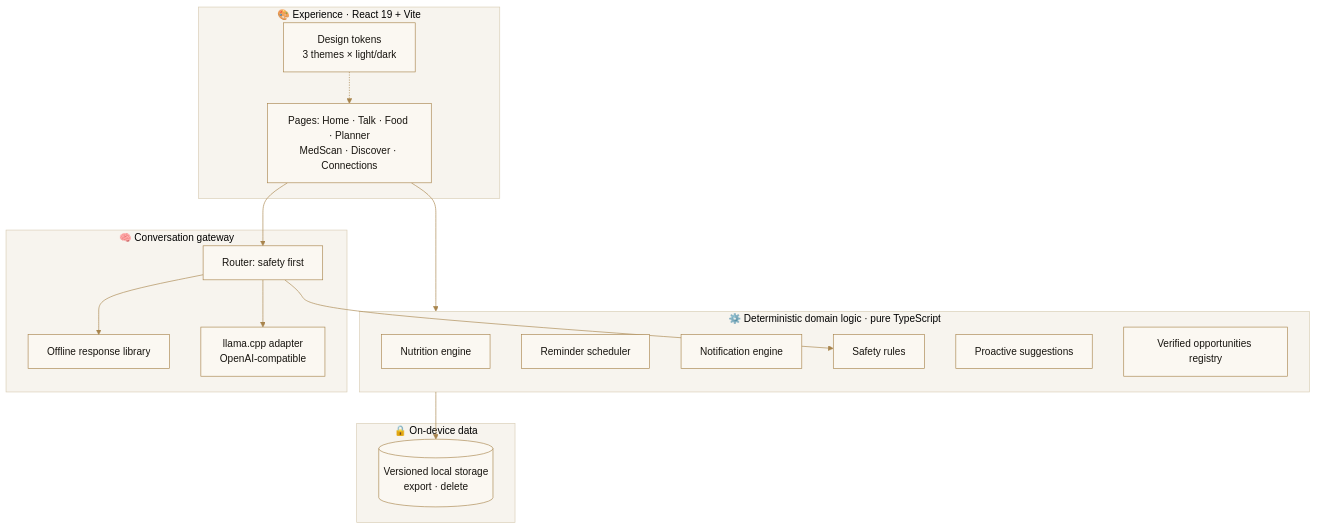
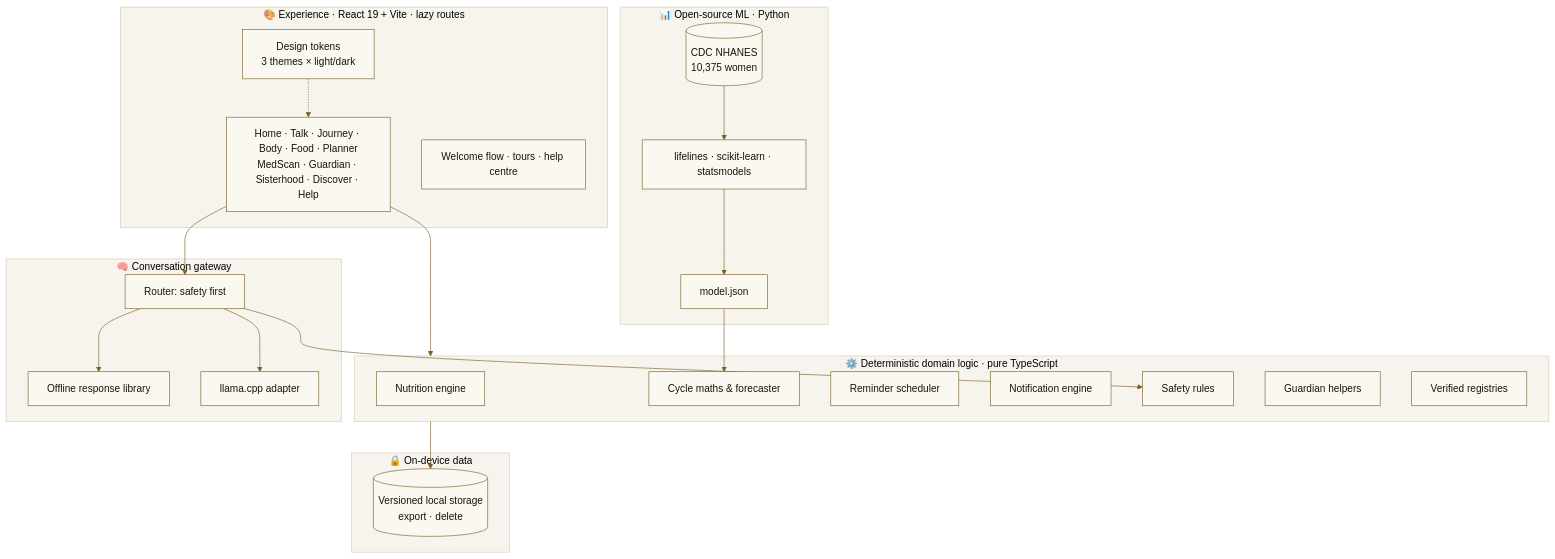
The fourth of 6 diagrams in femora/README.md (florina787/Data-sets), drawn with Mermaid before and after one commit. The commit also changed other lines of this file and 37 other files, not shown here.

````diff
--- a/femora/README.md
+++ b/femora/README.md
@@ -238,31 +295,38 @@
 ```mermaid
-%%{init: {'theme':'base','themeVariables':{'primaryColor':'#fbf8f2','primaryTextColor':'#17140f','primaryBorderColor':'#a8844c','lineColor':'#a8844c','clusterBkg':'#f7f4ee','clusterBorder':'#d8ccb4','fontFamily':'Georgia'}}}%%
+%%{init: {'theme':'base','themeVariables':{'primaryColor':'#fbf8f2','primaryTextColor':'#17140f','primaryBorderColor':'#7c5f2b','lineColor':'#7c5f2b','clusterBkg':'#f7f4ee','clusterBorder':'#d8ccb4','fontFamily':'Georgia'}}}%%
 flowchart TB
-    subgraph UI["🎨 Experience · React 19 + Vite"]
+    subgraph UI["🎨 Experience · React 19 + Vite · lazy routes"]
         T[Design tokens<br/>3 themes × light/dark]
-        P[Pages: Home · Talk · Food · Planner<br/>MedScan · Discover · Connections]
+        P[Home · Talk · Journey · Body · Food · Planner<br/>MedScan · Guardian · Sisterhood · Discover · Help]
+        O[Welcome flow · tours · help centre]
     end
     subgraph Domain["⚙️ Deterministic domain logic · pure TypeScript"]
         N[Nutrition engine]
+        J[Cycle maths & forecaster]
         R[Reminder scheduler]
         E[Notification engine]
         S[Safety rules]
-        Pr[Proactive suggestions]
-        O[Verified opportunities registry]
+        G[Guardian helpers]
+        V[Verified registries]
+    end
+    subgraph ML["📊 Open-source ML · Python"]
+        NH[(CDC NHANES<br/>10,375 women)] --> TR[lifelines · scikit-learn · statsmodels]
+        TR --> MJ[model.json]
     end
     subgraph AI["🧠 Conversation gateway"]
         Rt[Router: safety first]
         Off[Offline response library]
-        L[llama.cpp adapter<br/>OpenAI-compatible]
+        L[llama.cpp adapter]
     end
     subgraph Data["🔒 On-device data"]
         LS[(Versioned local storage<br/>export · delete)]
     end
     P --> Domain
     P --> Rt
     Rt --> S
     Rt --> Off
     Rt --> L
+    MJ --> J
     Domain --> LS
     T -.-> P
 ```
````
